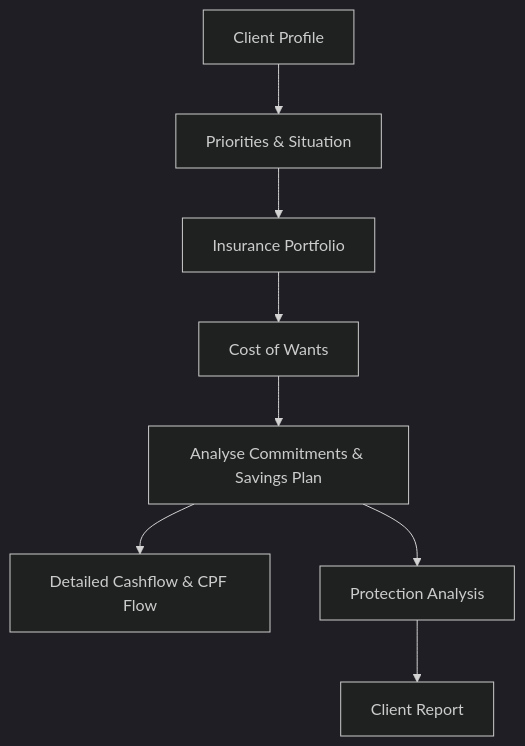
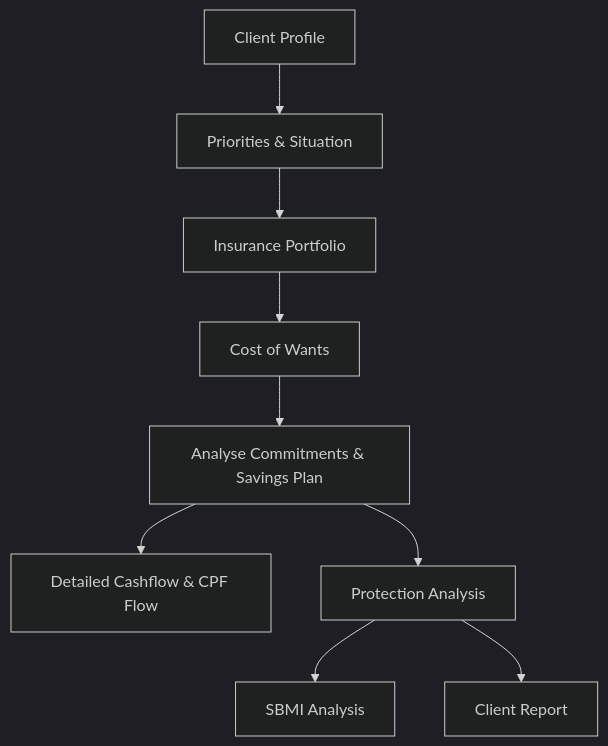
Before and after one commit to davinlee611/Test: the first of 2 diagrams in README.md, drawn with Mermaid (dark theme). The commit also changed other lines of this file and 1 other file, not shown here.

First line of the commit message:
Update README.md and CLAUDE.md: SBMI Analysis, Savings rename, session pause

````diff
--- a/README.md
+++ b/README.md
@@ -29,10 +29,11 @@
 ```mermaid
 flowchart TD
     A["Client Profile"] --> B["Priorities & Situation"]
     B --> C["Insurance Portfolio"]
     C --> D["Cost of Wants"]
     D --> E["Analyse Commitments & Savings Plan"]
     E --> E2["Detailed Cashflow & CPF Flow"]
     E --> F["Protection Analysis"]
+    F --> F2["SBMI Analysis"]
     F --> G["Client Report"]
 ```
````
